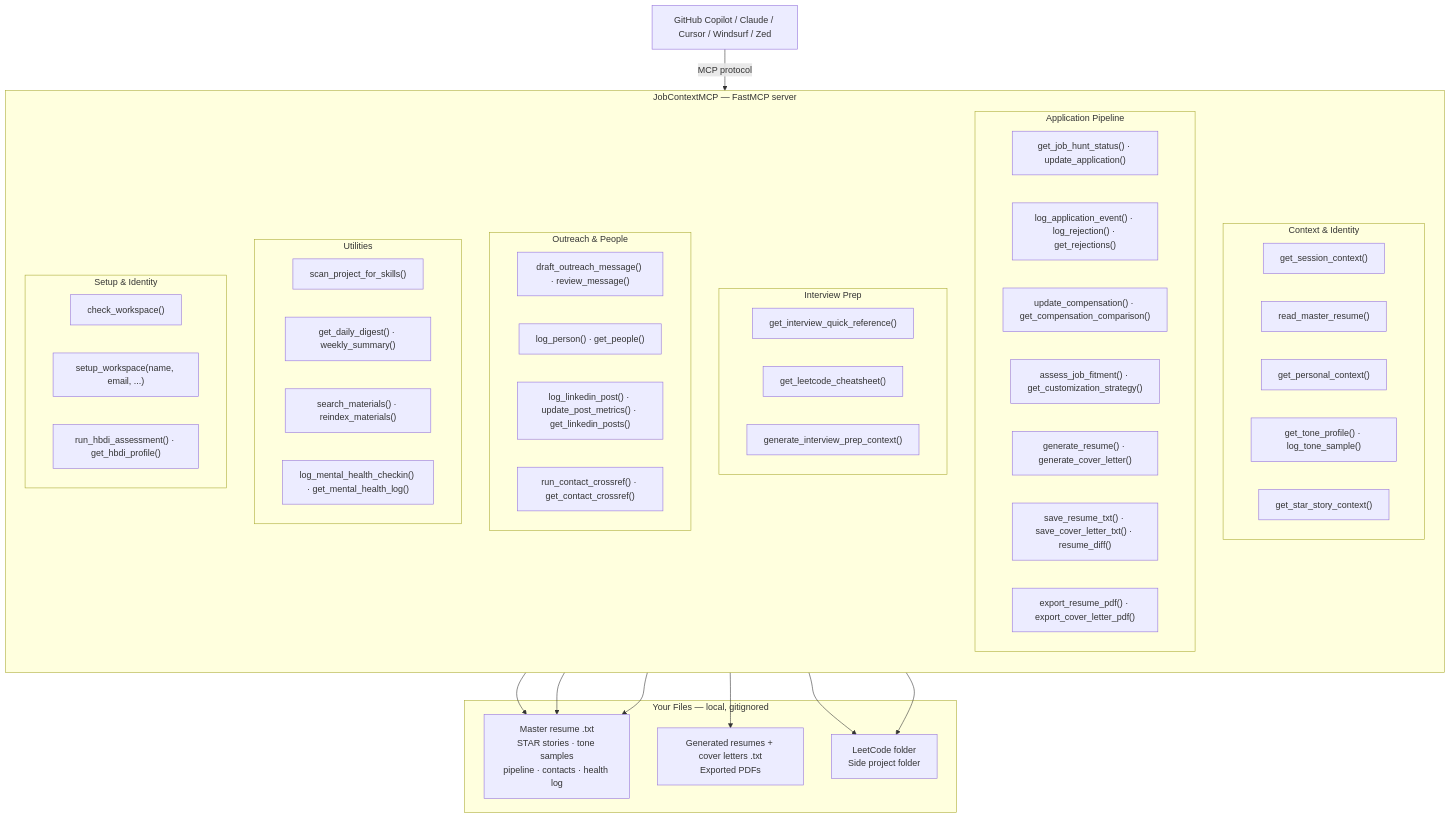
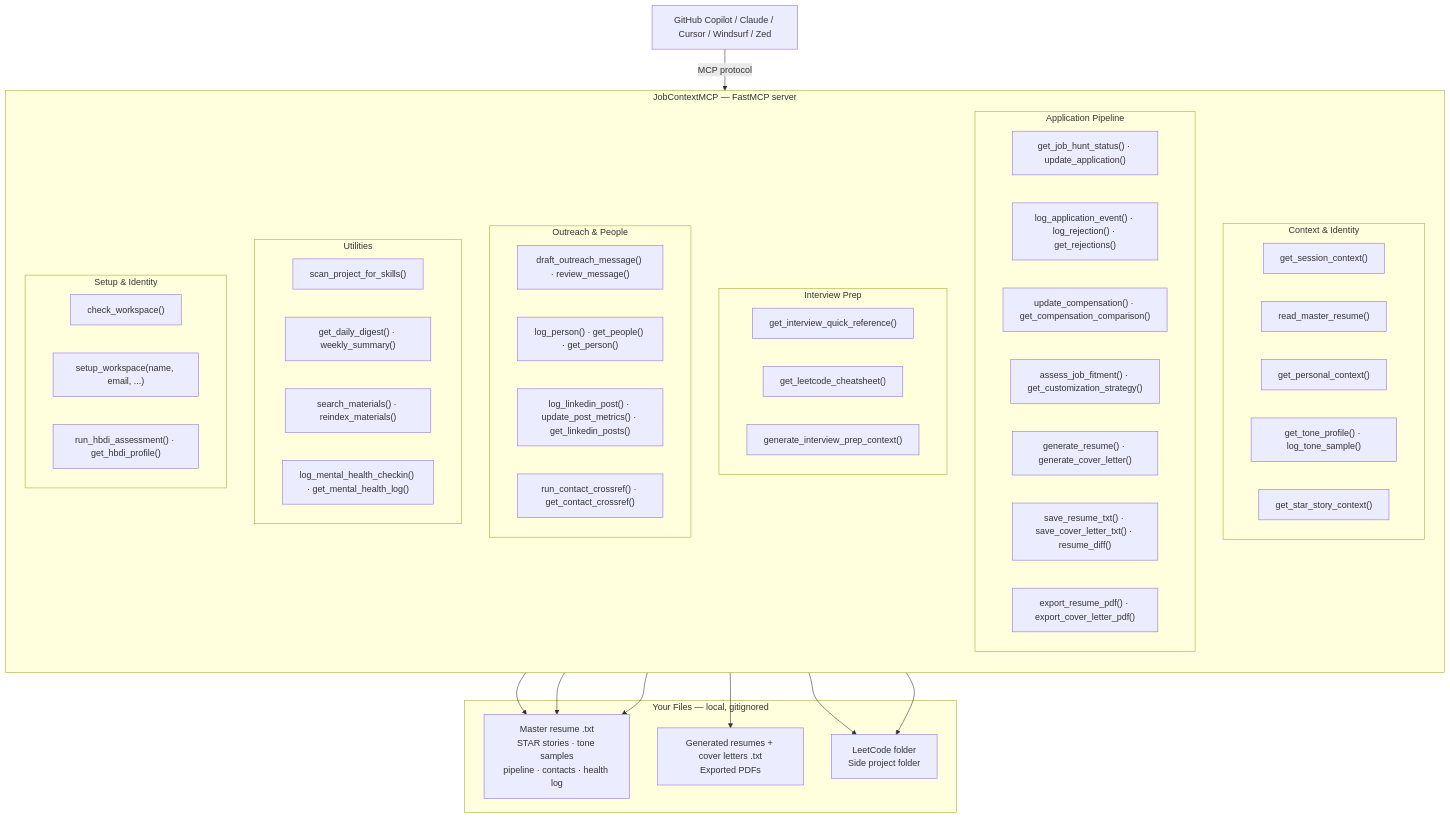
Before and after one commit to JustLikeFrank3/jobContextMCP: the first of 2 diagrams in README.md, drawn with Mermaid. The commit also changed other lines of this file and 7 other files, not shown here.

First line of the commit message:
v0.6.4 — get_person singular lookup + get_people slim mode

````diff
--- a/README.md
+++ b/README.md
@@ -39,67 +49,67 @@
 ```mermaid
 graph TB
     AI["GitHub Copilot / Claude / Cursor / Windsurf / Zed"]
 
     AI -->|MCP protocol| SERVER
 
     subgraph SERVER["JobContextMCP  —  FastMCP server"]
         direction TB
 
         subgraph CTX["Context & Identity"]
             T1["get_session_context()"]
             T2["read_master_resume()"]
             T3["get_personal_context()"]
             T4["get_tone_profile() · log_tone_sample()"]
             T5["get_star_story_context()"]
         end
 
         subgraph PIPELINE["Application Pipeline"]
             T6["get_job_hunt_status() · update_application()"]
             T6b["log_application_event() · log_rejection() · get_rejections()"]
             T6c["update_compensation() · get_compensation_comparison()"]
             T7["assess_job_fitment() · get_customization_strategy()"]
             T8["generate_resume() · generate_cover_letter()"]
             T9["save_resume_txt() · save_cover_letter_txt() · resume_diff()"]
             T10["export_resume_pdf() · export_cover_letter_pdf()"]
         end
 
         subgraph INTERVIEW["Interview Prep"]
             T11["get_interview_quick_reference()"]
             T12["get_leetcode_cheatsheet()"]
             T13["generate_interview_prep_context()"]
         end
 
         subgraph NETWORK["Outreach & People"]
             T14["draft_outreach_message() · review_message()"]
-            T15["log_person() · get_people()"]
+            T15["log_person() · get_people() · get_person()"]
             T19["log_linkedin_post() · update_post_metrics() · get_linkedin_posts()"]
             T23["run_contact_crossref() · get_contact_crossref()"]
         end
 
         subgraph UTIL["Utilities"]
             T16["scan_project_for_skills()"]
             T16b["get_daily_digest() · weekly_summary()"]
             T17["search_materials() · reindex_materials()"]
             T18["log_mental_health_checkin() · get_mental_health_log()"]
         end
 
         subgraph SETUP["Setup & Identity"]
             T20["check_workspace()"]
             T21["setup_workspace(name, email, ...)"]
             T22["run_hbdi_assessment() · get_hbdi_profile()"]
         end
     end
 
     subgraph FILES["Your Files  —  local, gitignored"]
         F1["Master resume .txt\nSTAR stories · tone samples\npipeline · contacts · health log"]
         F2["Generated resumes + cover letters .txt\nExported PDFs"]
         F3["LeetCode folder\nSide project folder"]
     end
 
     CTX --> F1
     PIPELINE --> F1
     PIPELINE --> F2
     INTERVIEW --> F3
     UTIL --> F3
     UTIL --> F1
 ```
````
